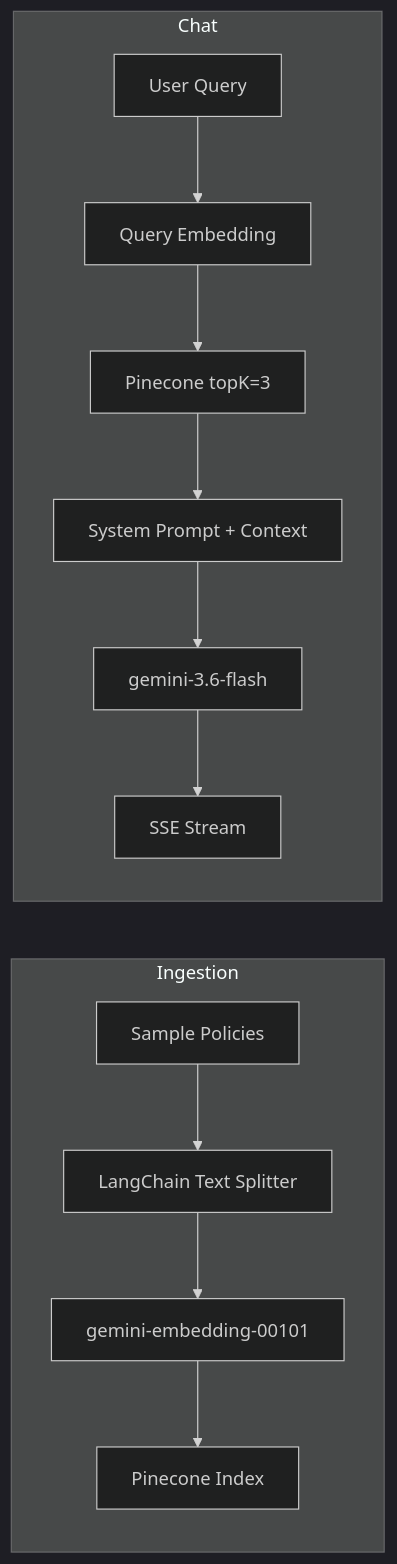
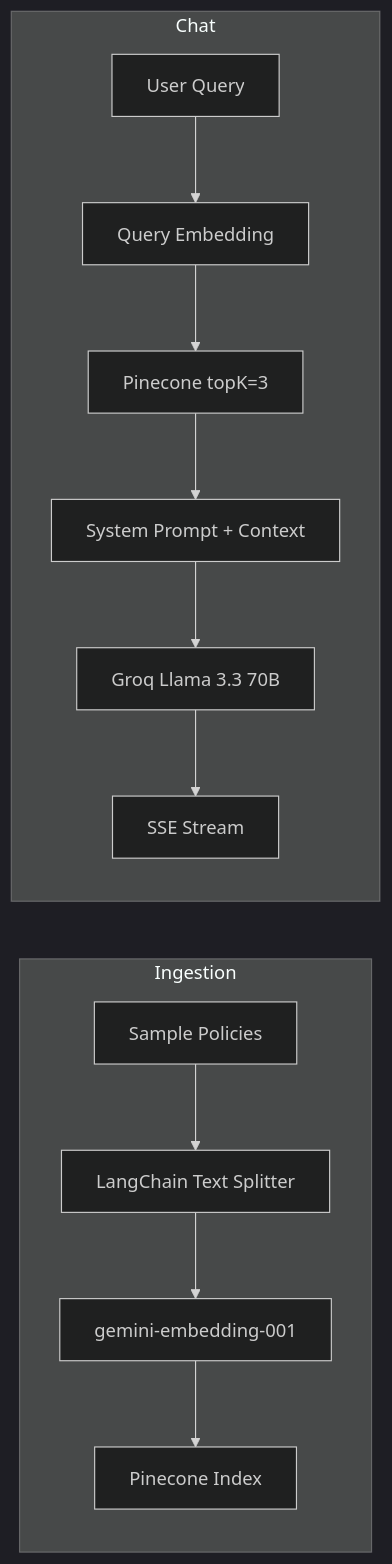
One commit to immanojverma2010/banking-rag-assistant changed the diagram in README.md. Above: the diagram before and after it, drawn with Mermaid (dark theme). The commit also changed other lines of this file and 7 other files, not shown here.

````diff
--- a/README.md
+++ b/README.md
@@ -9,16 +9,16 @@
 ```mermaid
 flowchart LR
   subgraph ingest [Ingestion]
     Docs[Sample Policies] --> Split[LangChain Text Splitter]
-    Split --> Embed[gemini-embedding-00101]
+    Split --> Embed[gemini-embedding-001]
     Embed --> Pinecone[Pinecone Index]
   end
 
   subgraph chat [Chat]
     User[User Query] --> QEmbed[Query Embedding]
     QEmbed --> Search[Pinecone topK=3]
     Search --> Prompt[System Prompt + Context]
-    Prompt --> LLM[gemini-3.6-flash]
+    Prompt --> LLM[Groq Llama 3.3 70B]
     LLM --> SSE[SSE Stream]
   end
 ```
````
